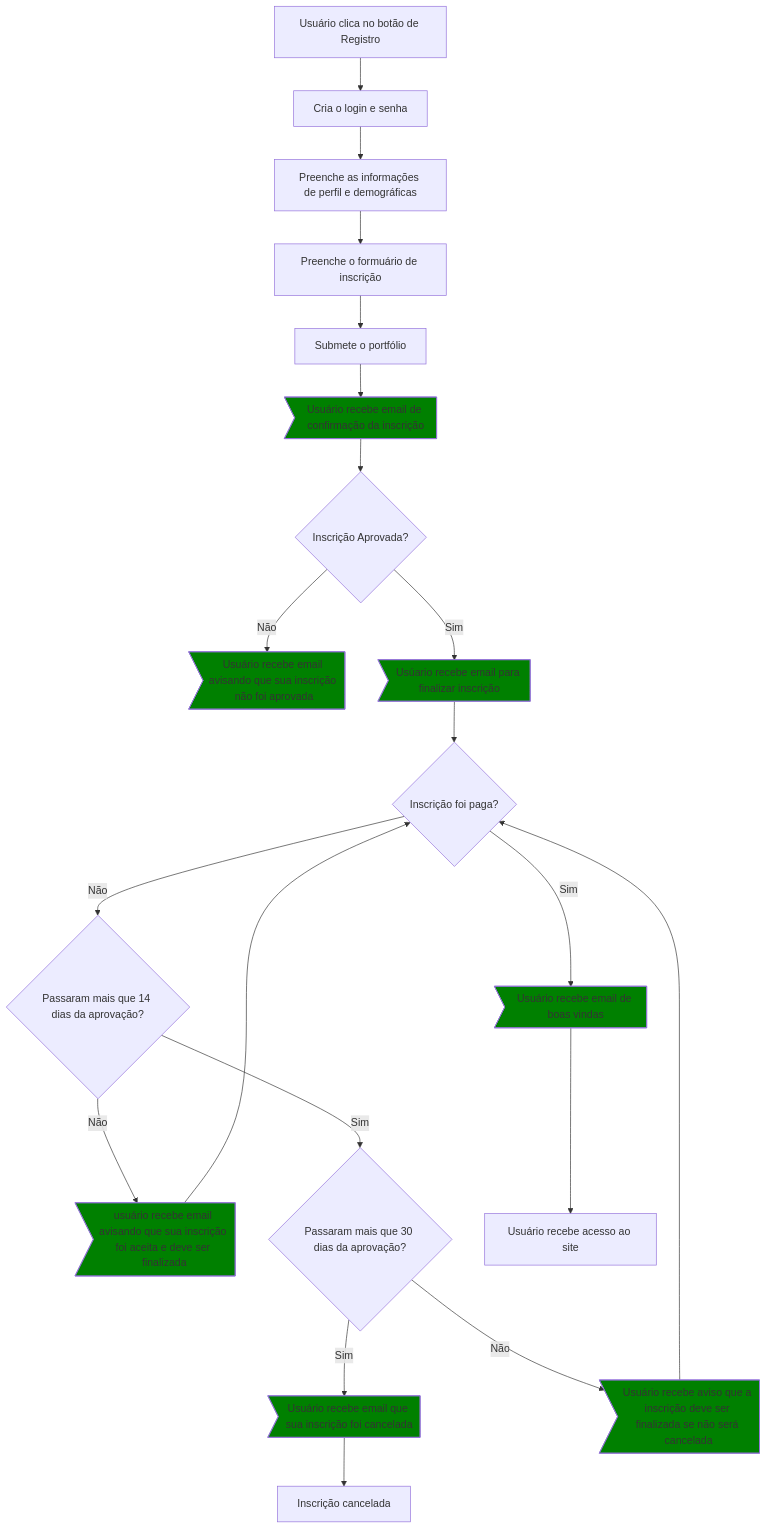
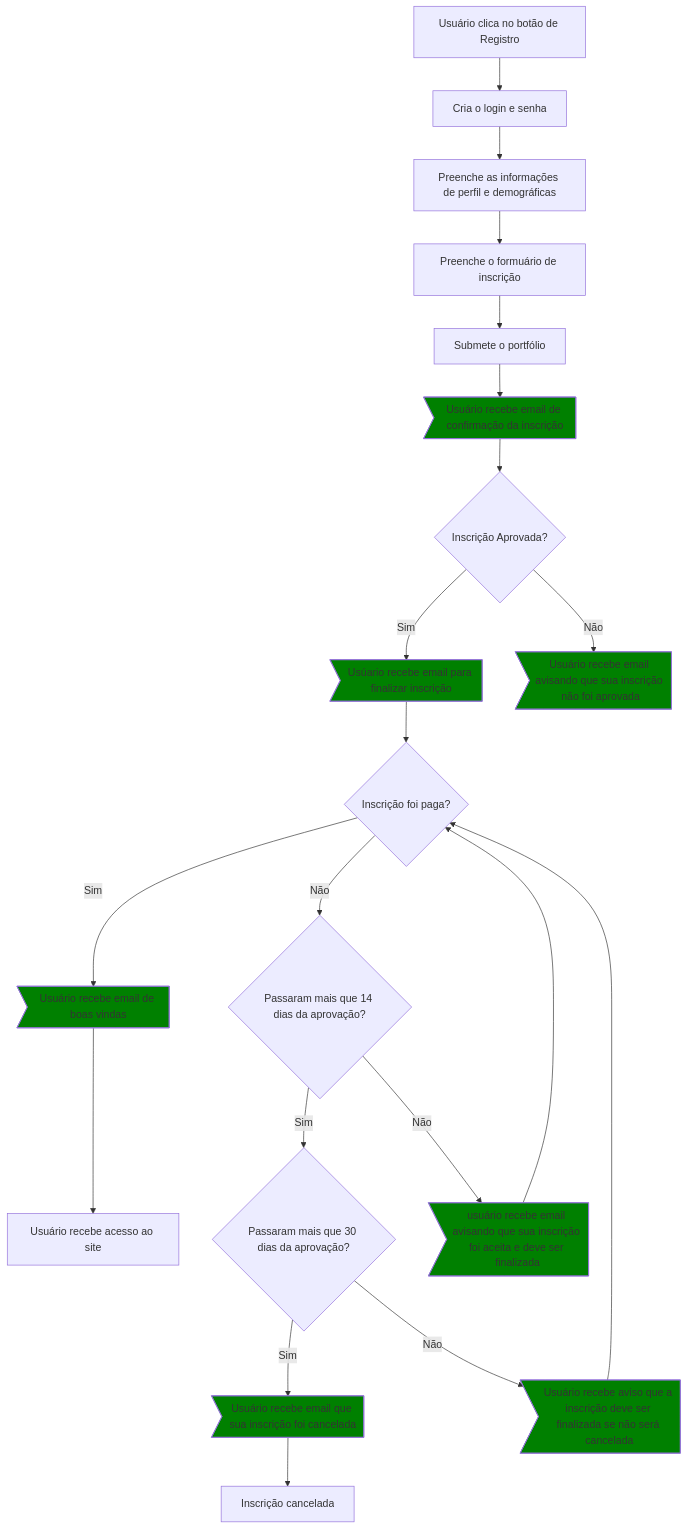
One commit to wurch/wurch.github.io changed the diagram in projects/_conafarq/fluxo-de-inscricao.md. Above: the diagram before and after it, drawn with Mermaid. The commit also changed other lines of this file, not shown here.

Commit message:
improve chart readability

````diff
--- a/projects/_conafarq/fluxo-de-inscricao.md
+++ b/projects/_conafarq/fluxo-de-inscricao.md
@@ -10,24 +10,24 @@
 ```mermaid
 graph TD
     A[Usuário clica no botão de Registro] --> B[Cria o login e senha]
     B --> C[Preenche as informações de perfil e demográficas]
     C --> D[Preenche o formuário de inscrição]
     D --> E[Submete o portfólio]
     E --> F>Usuário recebe email de confirmação da inscrição]
     F:::email --> G{Inscrição Aprovada?}
+    G --Sim --> I>Usúario recebe email para finalizar inscrição]
     G --Não --> H>Usuário recebe email avisando que sua inscrição não foi aprovada]
     H:::email
-    G --Sim --> I>Usúario recebe email para finalizar inscrição]
     I:::email --> J{Inscrição foi paga?}
+    J --Sim --> Q>Usuário recebe email de boas vindas]
+    Q:::email --> R[Usuário recebe acesso ao site]
     J -- Não --> K{Passaram mais que 14 dias da aprovação?}
+    K -- Sim --> N{Passaram mais que 30 dias da aprovação?}
     K -- Não --> L>usuário recebe email avisando que sua inscrição foi aceita e deve ser finalizada]
     L:::email --> J
-    K -- Sim --> N{Passaram mais que 30 dias da aprovação?}
     N -- Sim --> O>Usuário recebe email que sua inscrição foi cancelada]
     O:::email --> S[Inscrição cancelada]
     N -- Não --> P>Usuário recebe aviso que a inscrição deve ser finalizada se não será cancelada]
     P:::email --> J
-    J --Sim --> Q>Usuário recebe email de boas vindas]
-    Q:::email --> R[Usuário recebe acesso ao site]
     classDef email fill:green
 ```
````
